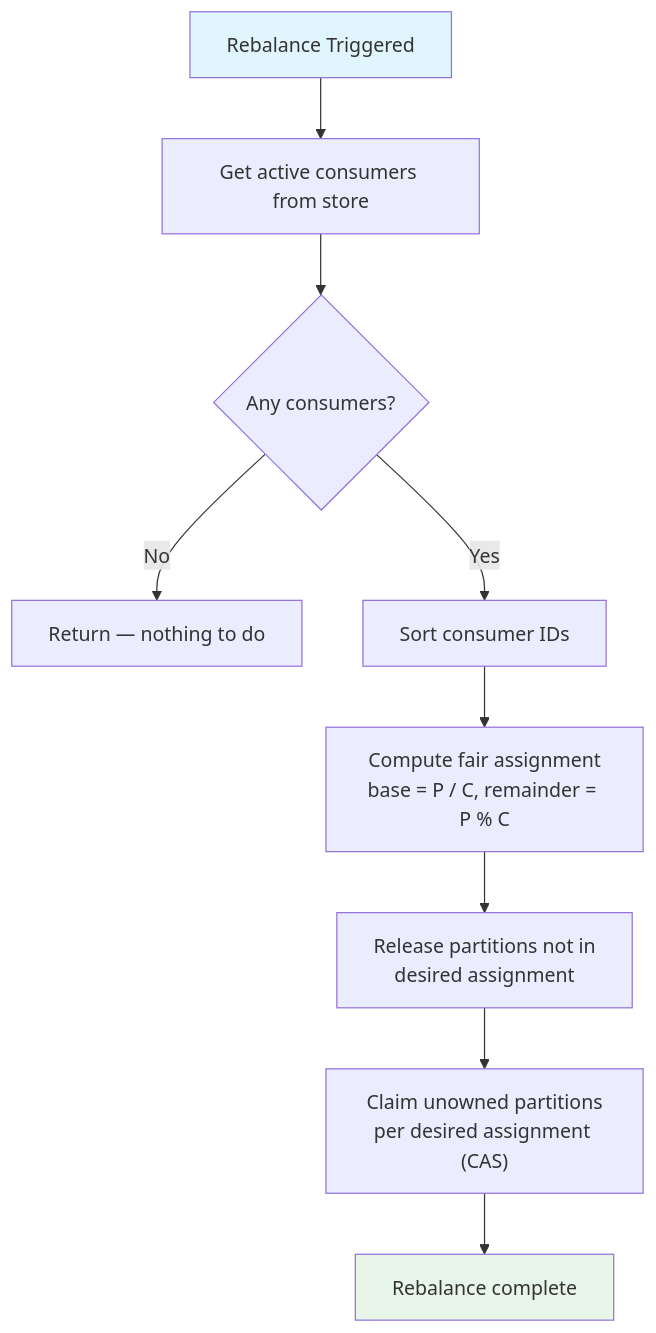
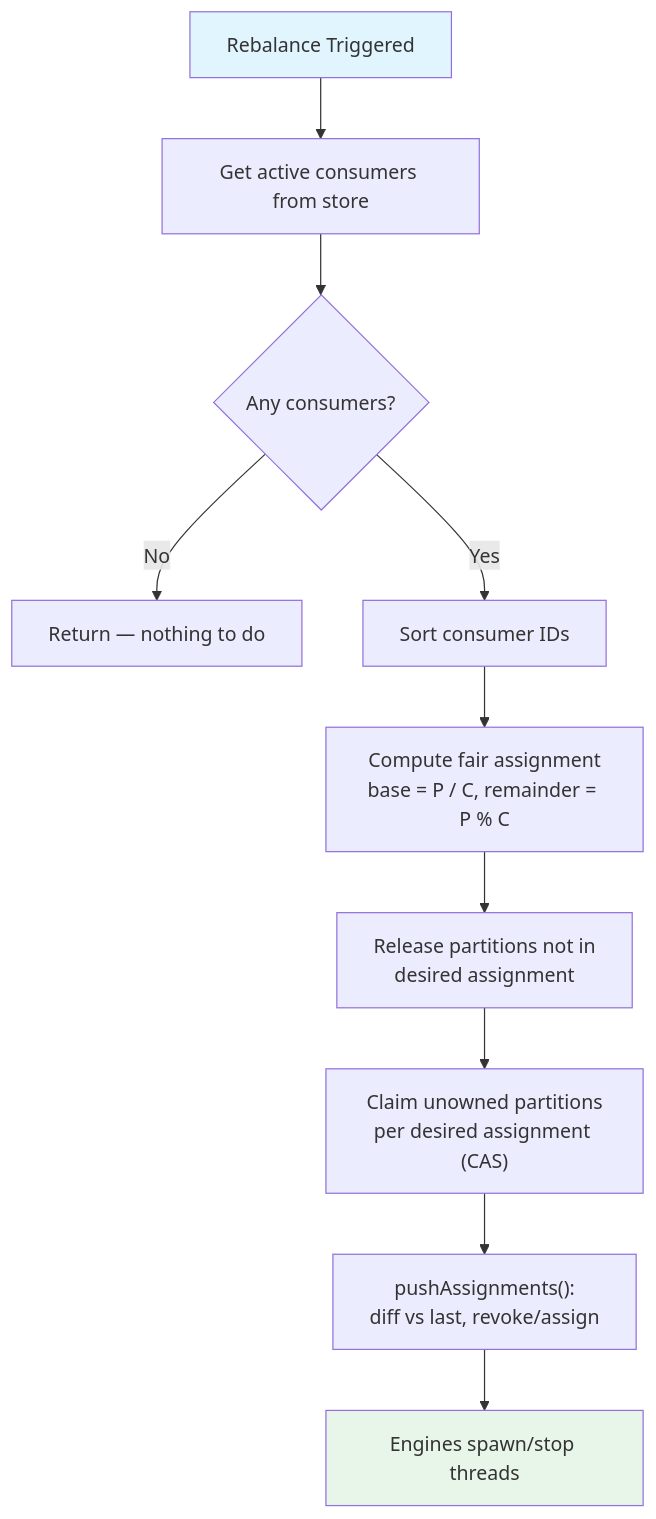
Before and after one commit to Prashant2603/pxrs: the fifth of 11 diagrams in README.md, drawn with Mermaid. The commit also changed other lines of this file and 23 other files, not shown here.

````diff
--- a/README.md
+++ b/README.md
@@ -213,14 +241,15 @@
 ```mermaid
 flowchart TD
     A[Rebalance Triggered] --> B[Get active consumers from store]
     B --> C{Any consumers?}
     C -->|No| Z[Return — nothing to do]
     C -->|Yes| D[Sort consumer IDs]
     D --> E["Compute fair assignment<br/>base = P / C, remainder = P % C"]
     E --> F["Release partitions not in<br/>desired assignment"]
     F --> G["Claim unowned partitions<br/>per desired assignment (CAS)"]
-    G --> H[Rebalance complete]
+    G --> H["pushAssignments():<br/>diff vs last, revoke/assign"]
+    H --> I[Engines spawn/stop threads]
 
     style A fill:#e1f5fe
-    style H fill:#e8f5e9
+    style I fill:#e8f5e9
 ```
````
